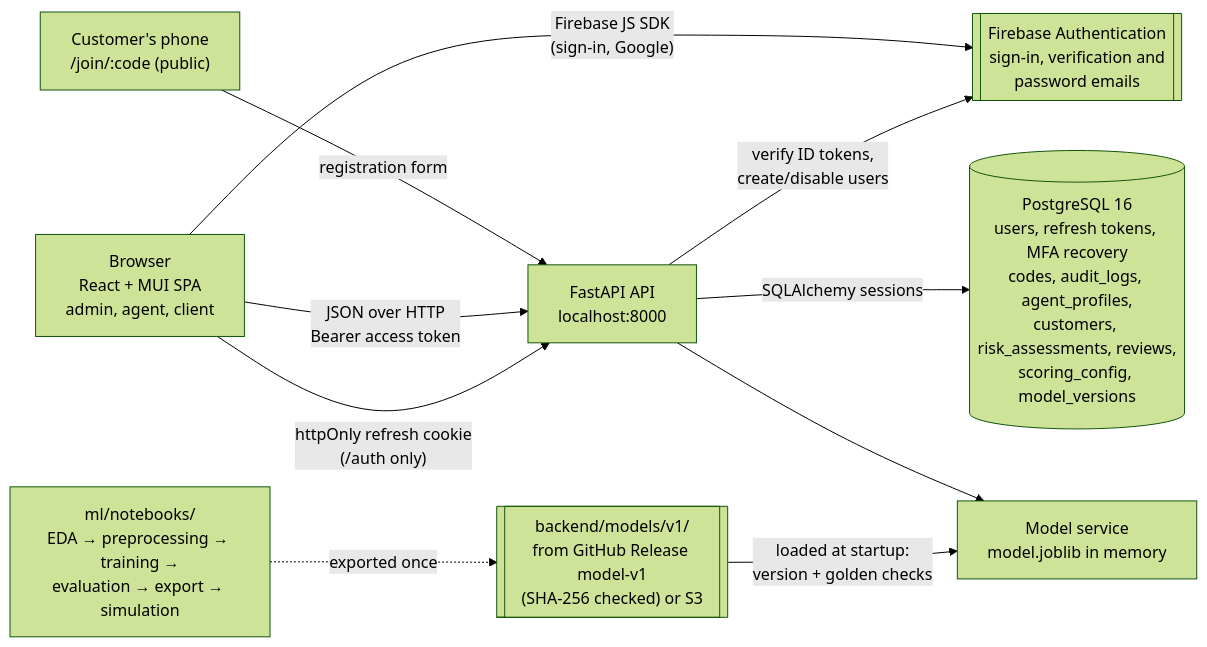
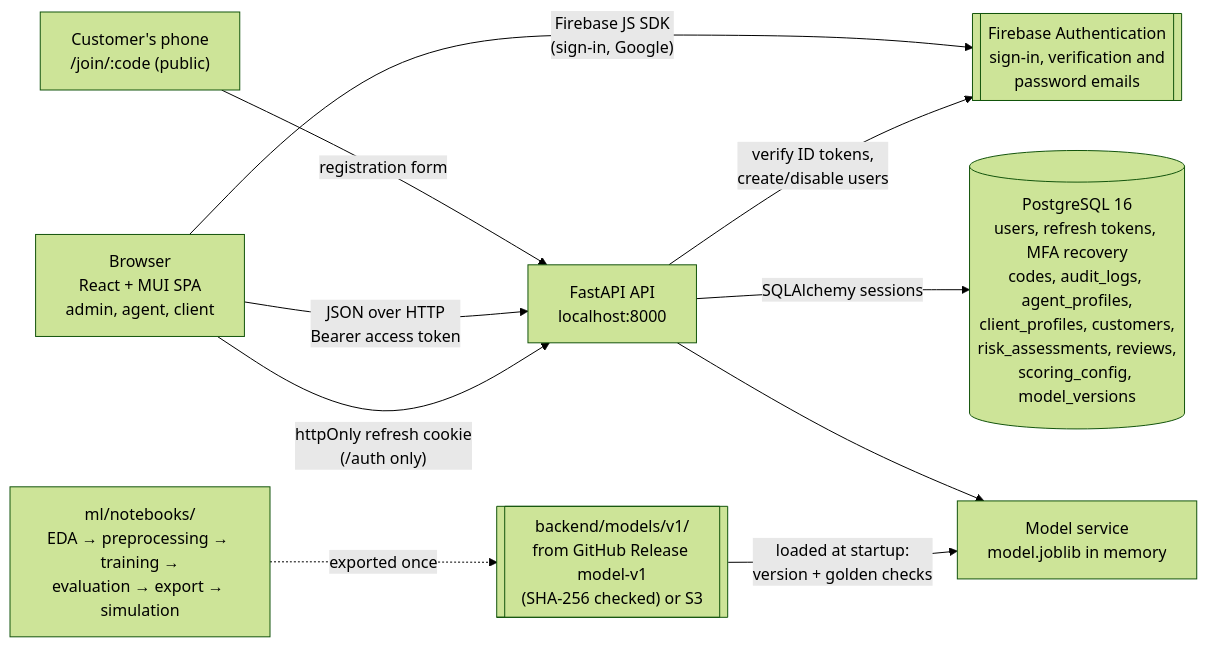
The first of 3 diagrams in docs/architecture.md (Myranyamwanda/Salesmesh), drawn with Mermaid (forest theme) before and after one commit. The commit also changed other lines of this file and 3 other files, not shown here.

Commit message:
docs: add SRS traceability and update the README and architecture for v1.2.0

````diff
--- a/docs/architecture.md
+++ b/docs/architecture.md
@@ -11,21 +11,21 @@
 ```mermaid
 flowchart LR
     customer["Customer's phone<br/>/join/:code (public)"]
     browser["Browser<br/>React + MUI SPA<br/>admin, agent, client"]
     api["FastAPI API<br/>localhost:8000"]
-    db[("PostgreSQL 16<br/>users, refresh tokens, MFA recovery<br/>codes, audit_logs, agent_profiles,<br/>customers, risk_assessments, reviews,<br/>scoring_config, model_versions")]
+    db[("PostgreSQL 16<br/>users, refresh tokens, MFA recovery<br/>codes, audit_logs, agent_profiles,<br/>client_profiles, customers,<br/>risk_assessments, reviews,<br/>scoring_config, model_versions")]
     firebase[["Firebase Authentication<br/>sign-in, verification and<br/>password emails"]]
     model["Model service<br/>model.joblib in memory"]
     files[["backend/models/v1/<br/>from GitHub Release model-v1<br/>(SHA-256 checked) or S3"]]
     notebooks["ml/notebooks/<br/>EDA → preprocessing → training →<br/>evaluation → export → simulation"]
 
     customer -->|"registration form"| api
     browser -- "JSON over HTTP<br/>Bearer access token" --> api
     browser -- "httpOnly refresh cookie<br/>(/auth only)" --> api
     browser -- "Firebase JS SDK<br/>(sign-in, Google)" --> firebase
     api -- "verify ID tokens,<br/>create/disable users" --> firebase
     api -- "SQLAlchemy sessions" --> db
     api --> model
     files -->|"loaded at startup:<br/>version + golden checks"| model
     notebooks -.->|"exported once"| files
 ```
````
